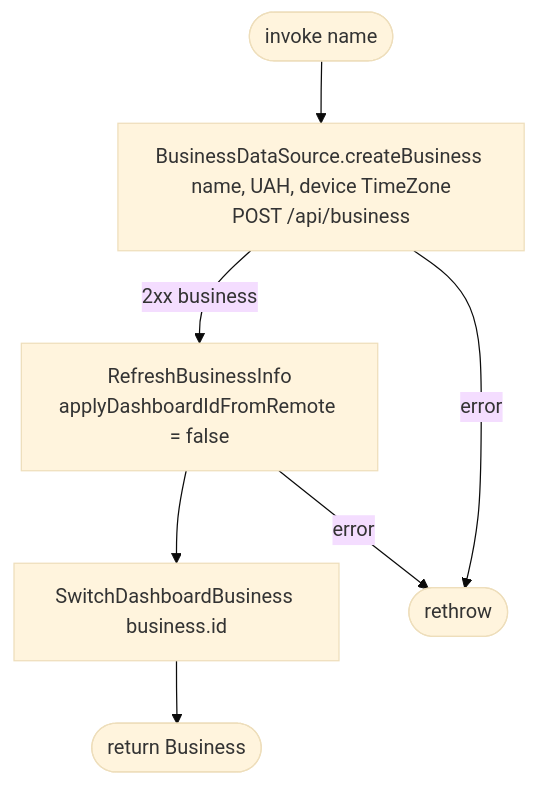
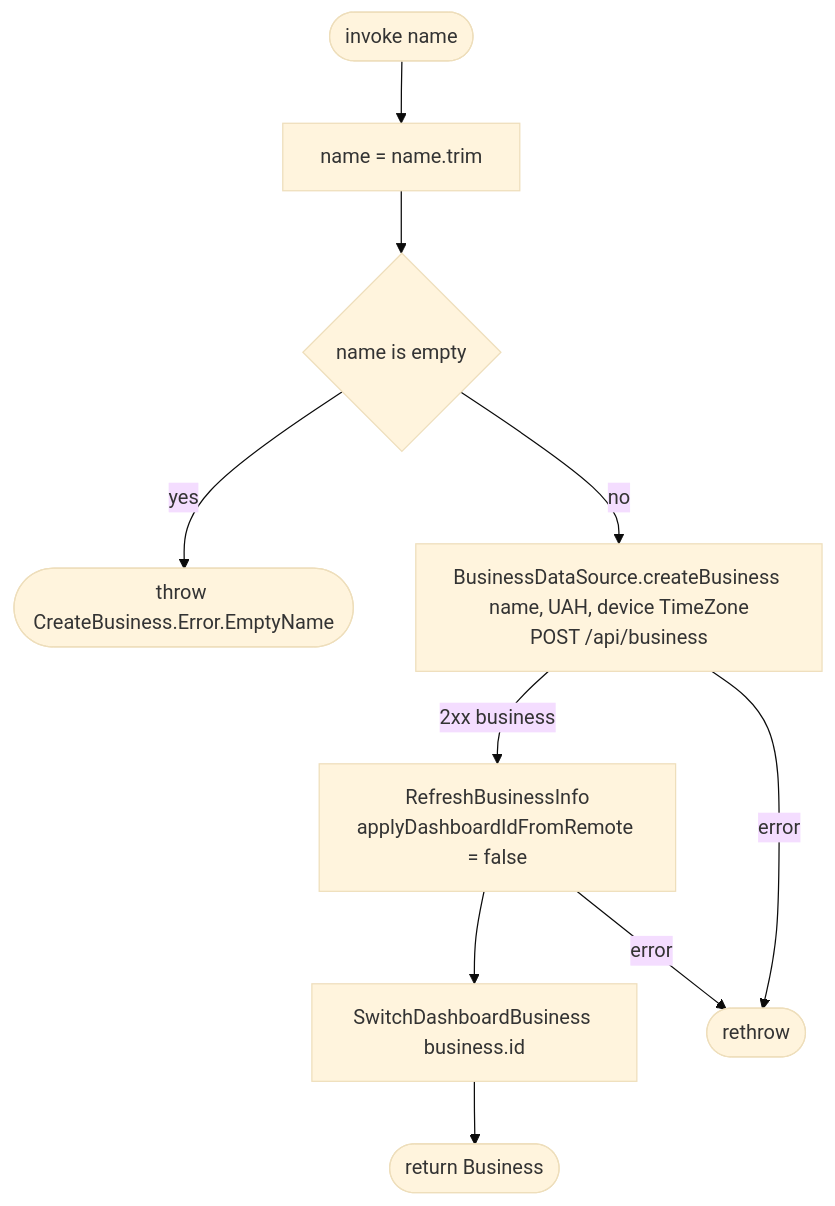
Before and after one commit to nocturneproperties/bookkme-client: the diagram in docs/operations/business/create-business.md, drawn with Mermaid (base theme). The commit also changed other lines of this file and 56 other files, not shown here.

Commit message:
[ISSUE-73] change dashboard flow, now there is two actions: create and join instead of one

````diff
--- a/docs/operations/business/create-business.md
+++ b/docs/operations/business/create-business.md
@@ -13,9 +14,12 @@
 ```mermaid
 flowchart TD
-    Start([invoke name]) --> Net[BusinessDataSource.createBusiness name, UAH, device TimeZone<br/>POST /api/business]
+    Start([invoke name]) --> Trim[name = name.trim]
+    Trim --> Blank{name is empty}
+    Blank -- yes --> E0([throw CreateBusiness.Error.EmptyName])
+    Blank -- no --> Net[BusinessDataSource.createBusiness name, UAH, device TimeZone<br/>POST /api/business]
     Net -- 2xx business --> Refresh[RefreshBusinessInfo<br/>applyDashboardIdFromRemote = false]
     Refresh --> Switch[SwitchDashboardBusiness business.id]
     Switch --> R([return Business])
     Net -- error --> EX([rethrow])
     Refresh -- error --> EX
 ```
````
